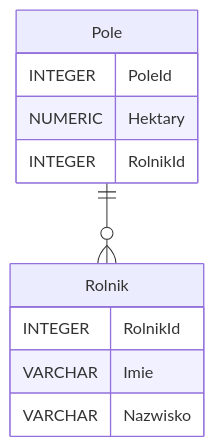
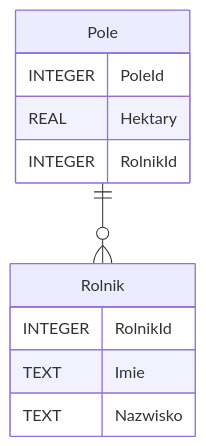
One commit to blackbat13/cs-htiew-gitbook changed the diagram in databases/introduction/relations.md. Above: the diagram before and after it, drawn with Mermaid. The commit also changed 3 other files, not shown here.

````diff
--- a/databases/introduction/relations.md
+++ b/databases/introduction/relations.md
@@ -11,14 +11,14 @@
 ```mermaid
 erDiagram
     Pole ||--o{ Rolnik : ""
     Rolnik {
         INTEGER RolnikId
-        VARCHAR Imie
-        VARCHAR Nazwisko
+        TEXT Imie
+        TEXT Nazwisko
     }
     Pole {
         INTEGER PoleId
-        NUMERIC Hektary
+        REAL Hektary
         INTEGER RolnikId
     }
 ```
````
